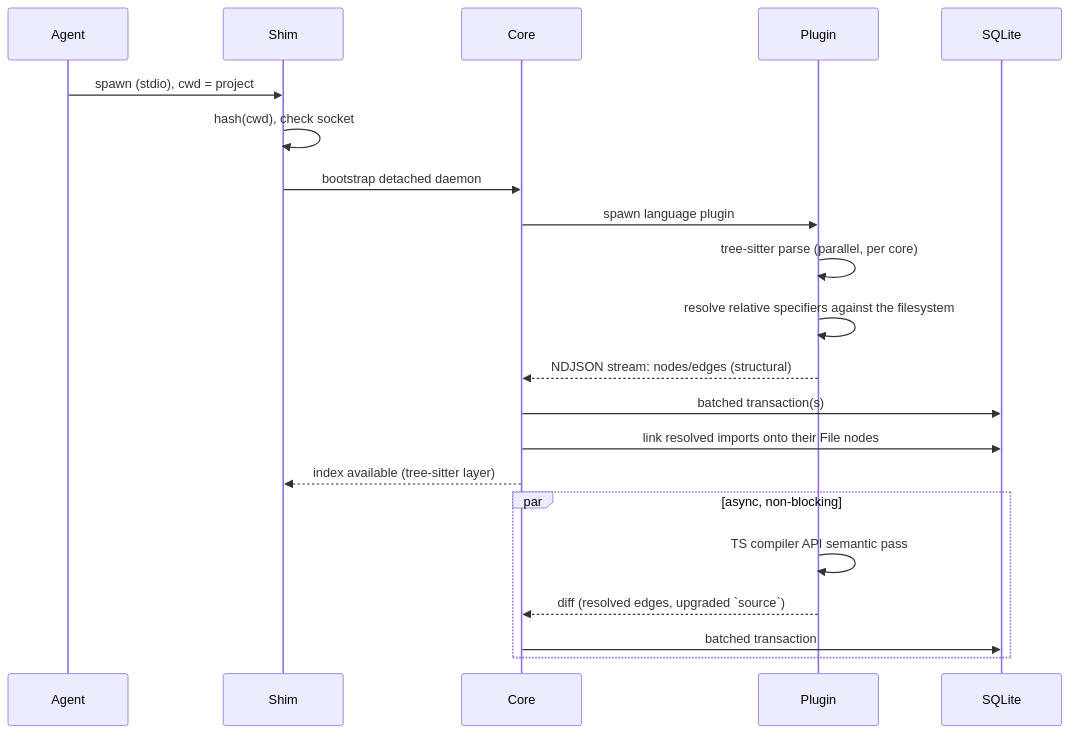
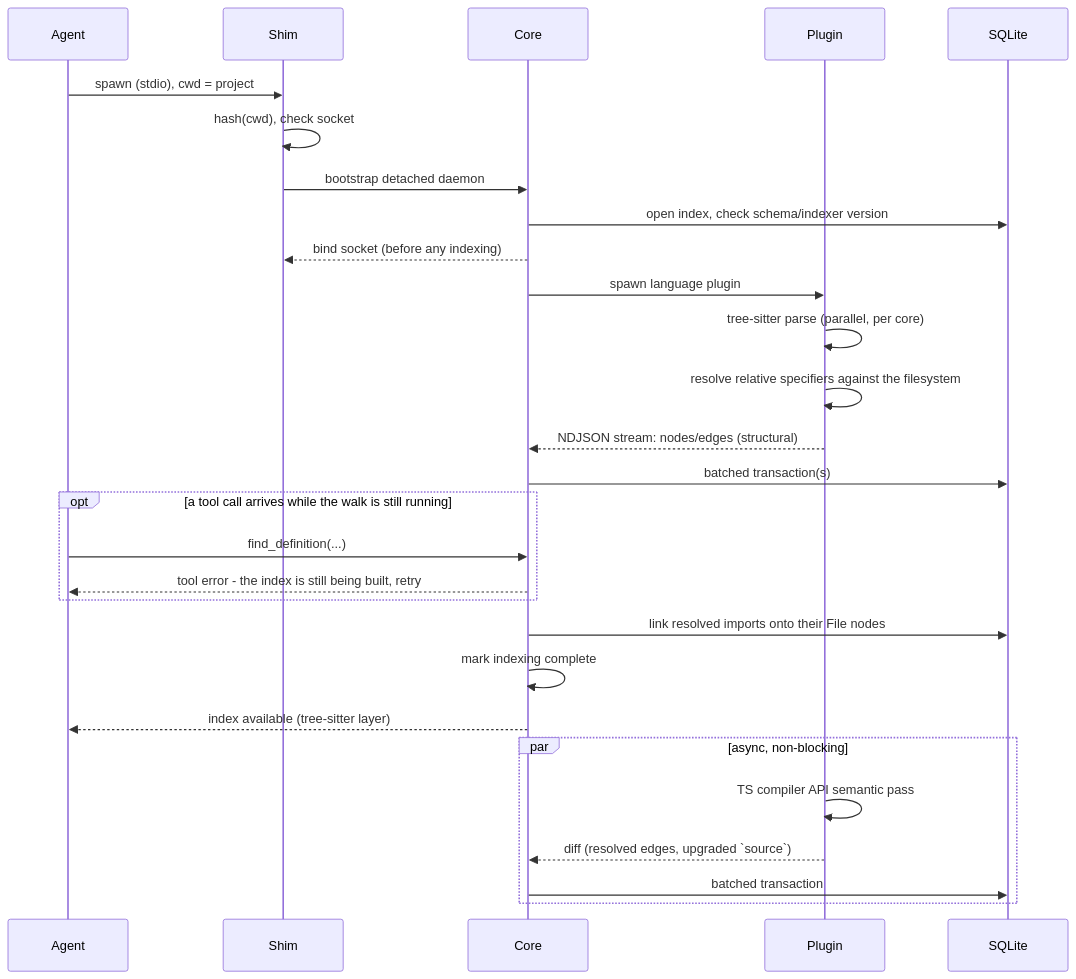
The second of 5 diagrams in docs/architecture/g-mesh-v1.md (madmurdok/g-mesh), drawn with Mermaid before and after one commit. The commit also changed other lines of this file and 16 other files, not shown here.

First line of the commit message:
fix: tell a caller the index is still building instead of dropping its tools

````diff
--- a/docs/architecture/g-mesh-v1.md
+++ b/docs/architecture/g-mesh-v1.md
@@ -169,24 +169,31 @@
 ```mermaid
 sequenceDiagram
     participant Agent
     participant Shim
     participant Core
     participant Plugin
     participant DB as SQLite
 
     Agent->>Shim: spawn (stdio), cwd = project
     Shim->>Shim: hash(cwd), check socket
     Shim->>Core: bootstrap detached daemon
+    Core->>DB: open index, check schema/indexer version
+    Core-->>Shim: bind socket (before any indexing)
     Core->>Plugin: spawn language plugin
     Plugin->>Plugin: tree-sitter parse (parallel, per core)
     Plugin->>Plugin: resolve relative specifiers against the filesystem
     Plugin-->>Core: NDJSON stream: nodes/edges (structural)
     Core->>DB: batched transaction(s)
+    opt a tool call arrives while the walk is still running
+        Agent->>Core: find_definition(...)
+        Core-->>Agent: tool error - the index is still being built, retry
+    end
     Core->>DB: link resolved imports onto their File nodes
-    Core-->>Shim: index available (tree-sitter layer)
+    Core->>Core: mark indexing complete
+    Core-->>Agent: index available (tree-sitter layer)
     par async, non-blocking
         Plugin->>Plugin: TS compiler API semantic pass
         Plugin-->>Core: diff (resolved edges, upgraded `source`)
         Core->>DB: batched transaction
     end
 ```
````
